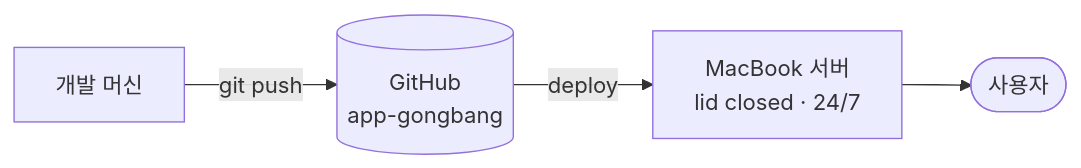
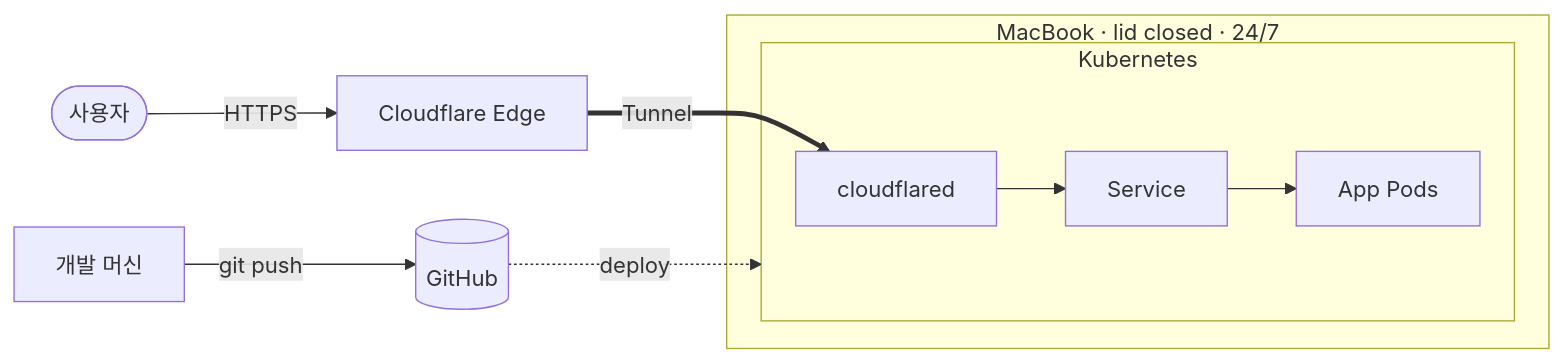
One commit to idea-gongbang/.github changed the second of 2 diagrams in profile/README.md. Above: the diagram before and after it, drawn with Mermaid. The commit also changed other lines of this file, not shown here.

````diff
--- a/profile/README.md
+++ b/profile/README.md
@@ -53,6 +58,15 @@
 ```mermaid
 flowchart LR
-    Dev[개발 머신] -- git push --> GH[(GitHub<br/>app-gongbang)]
-    GH -- deploy --> Srv[MacBook 서버<br/>lid closed · 24/7]
-    Srv --> User([사용자])
+    User([사용자]) -- HTTPS --> CF[Cloudflare Edge]
+    CF == Tunnel ==> CFD
+
+    subgraph Mac["MacBook · lid closed · 24/7"]
+        subgraph K8s["Kubernetes"]
+            CFD[cloudflared] --> SVC[Service]
+            SVC --> POD[App Pods]
+        end
+    end
+
+    Dev[개발 머신] -- git push --> GH[(GitHub)]
+    GH -. deploy .-> K8s
 ```
````
